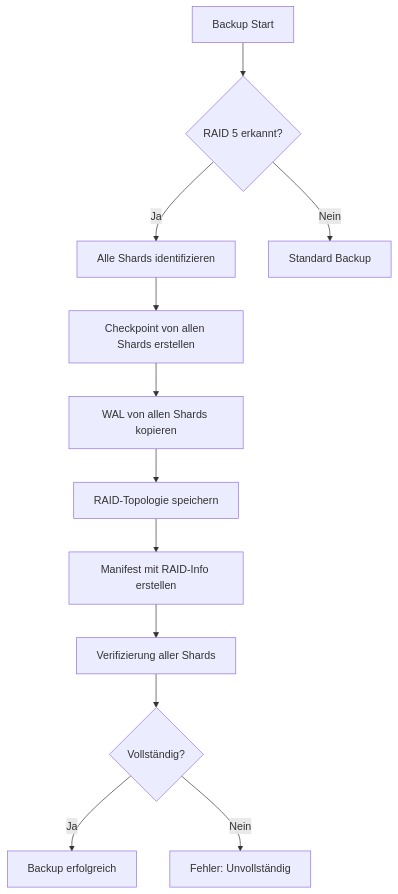
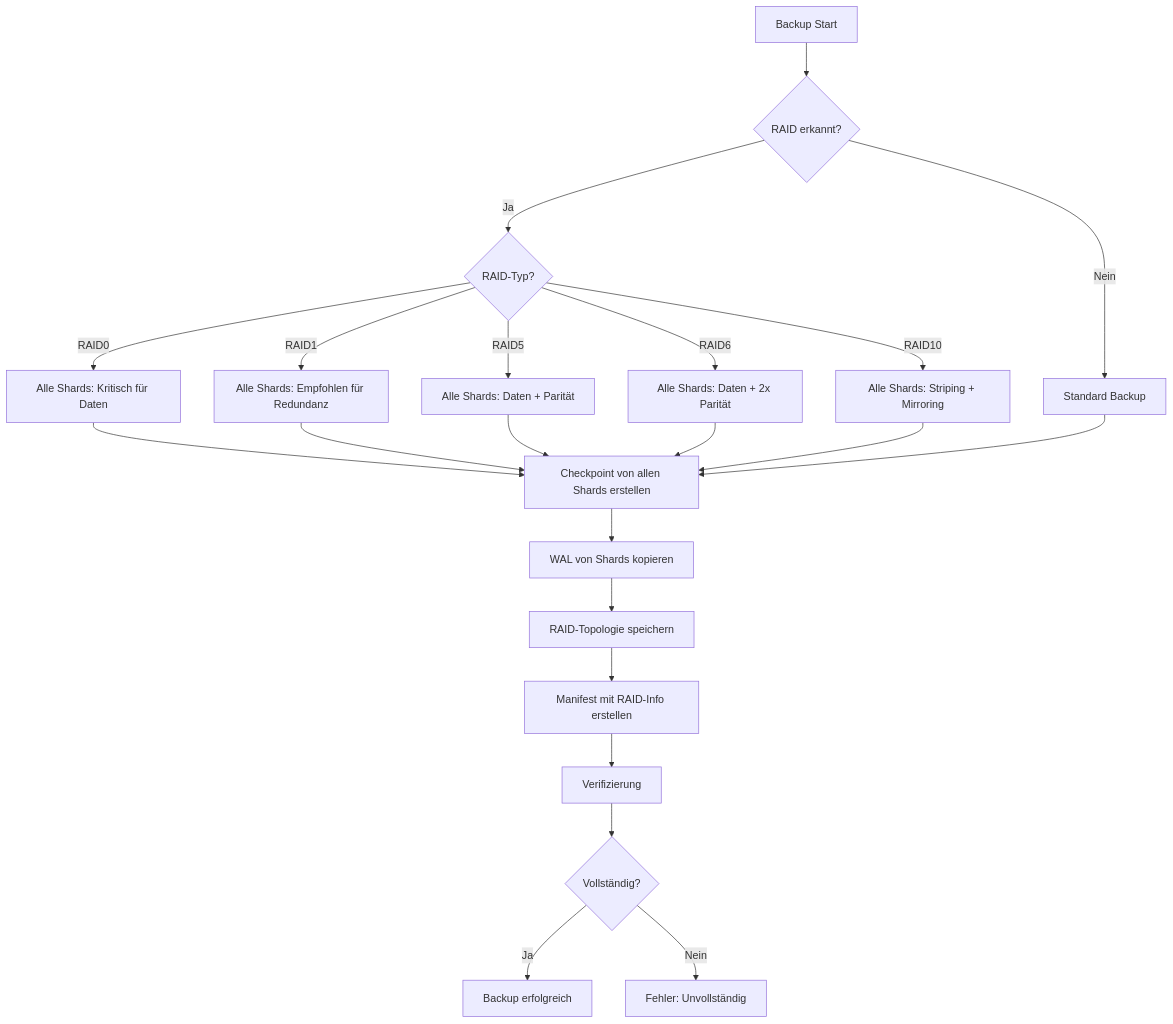
One commit to makr-code/ThemisDB changed the diagram in docs/de/features/features_raid5_backup.md. Above: the diagram before and after it, drawn with Mermaid. The commit also changed other lines of this file and 2 other files, not shown here.

First line of the commit message:
Extend RAID backup investigation to all RAID types (0, 1, 5, 6, 10)

````diff
--- a/docs/de/features/features_raid5_backup.md
+++ b/docs/de/features/features_raid5_backup.md
@@ -111,14 +213,24 @@
 ```mermaid
 graph TD
-    A[Backup Start] --> B{RAID 5 erkannt?}
-    B -->|Ja| C[Alle Shards identifizieren]
+    A[Backup Start] --> B{RAID erkannt?}
     B -->|Nein| D[Standard Backup]
-    C --> E[Checkpoint von allen Shards erstellen]
-    E --> F[WAL von allen Shards kopieren]
-    F --> G[RAID-Topologie speichern]
-    G --> H[Manifest mit RAID-Info erstellen]
-    H --> I[Verifizierung aller Shards]
-    I --> J{Vollständig?}
-    J -->|Ja| K[Backup erfolgreich]
-    J -->|Nein| L[Fehler: Unvollständig]
+    B -->|Ja| C{RAID-Typ?}
+    C -->|RAID0| E0[Alle Shards: Kritisch für Daten]
+    C -->|RAID1| E1[Alle Shards: Empfohlen für Redundanz]
+    C -->|RAID5| E5[Alle Shards: Daten + Parität]
+    C -->|RAID6| E6[Alle Shards: Daten + 2x Parität]
+    C -->|RAID10| E10[Alle Shards: Striping + Mirroring]
+    E0 --> F[Checkpoint von allen Shards erstellen]
+    E1 --> F
+    E5 --> F
+    E6 --> F
+    E10 --> F
+    D --> F
+    F --> G[WAL von Shards kopieren]
+    G --> H[RAID-Topologie speichern]
+    H --> I[Manifest mit RAID-Info erstellen]
+    I --> J[Verifizierung]
+    J --> K{Vollständig?}
+    K -->|Ja| L[Backup erfolgreich]
+    K -->|Nein| M[Fehler: Unvollständig]
 ```
````
